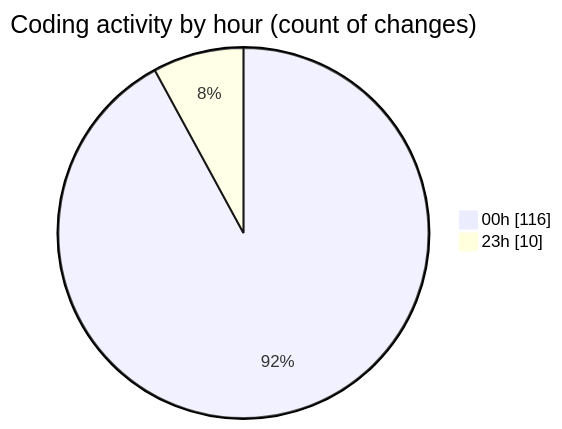
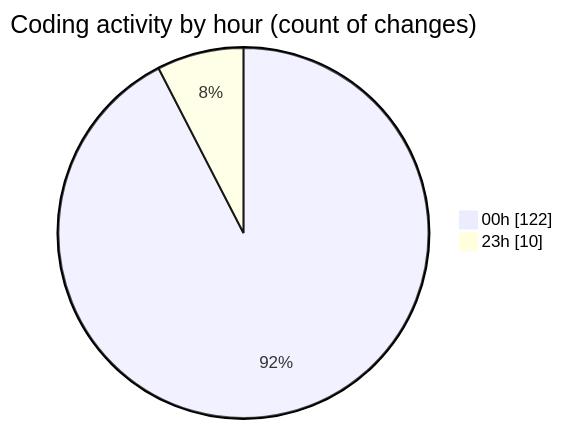
One commit to Ritupan-Deka/code-tracking changed the second of 2 diagrams in 2025-07-18/mern-workoutboard/README.md. Above: the diagram before and after it, drawn with Mermaid. The commit also changed other lines of this file and 1 other file, not shown here.

````diff
--- a/2025-07-18/mern-workoutboard/README.md
+++ b/2025-07-18/mern-workoutboard/README.md
@@ -32,6 +32,6 @@
 ```mermaid
 pie showData
 title Coding activity by hour (count of changes)
-"00h" : 116
+"00h" : 122
 "23h" : 10
 ```
````
